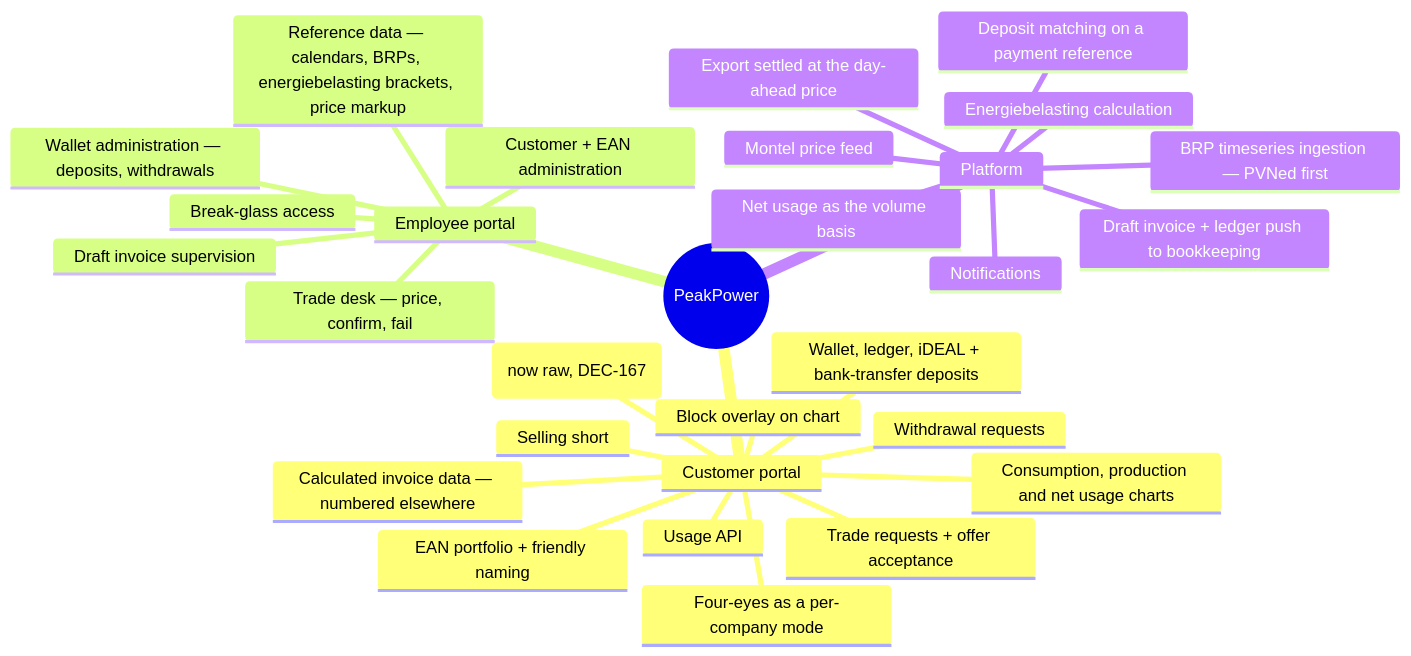
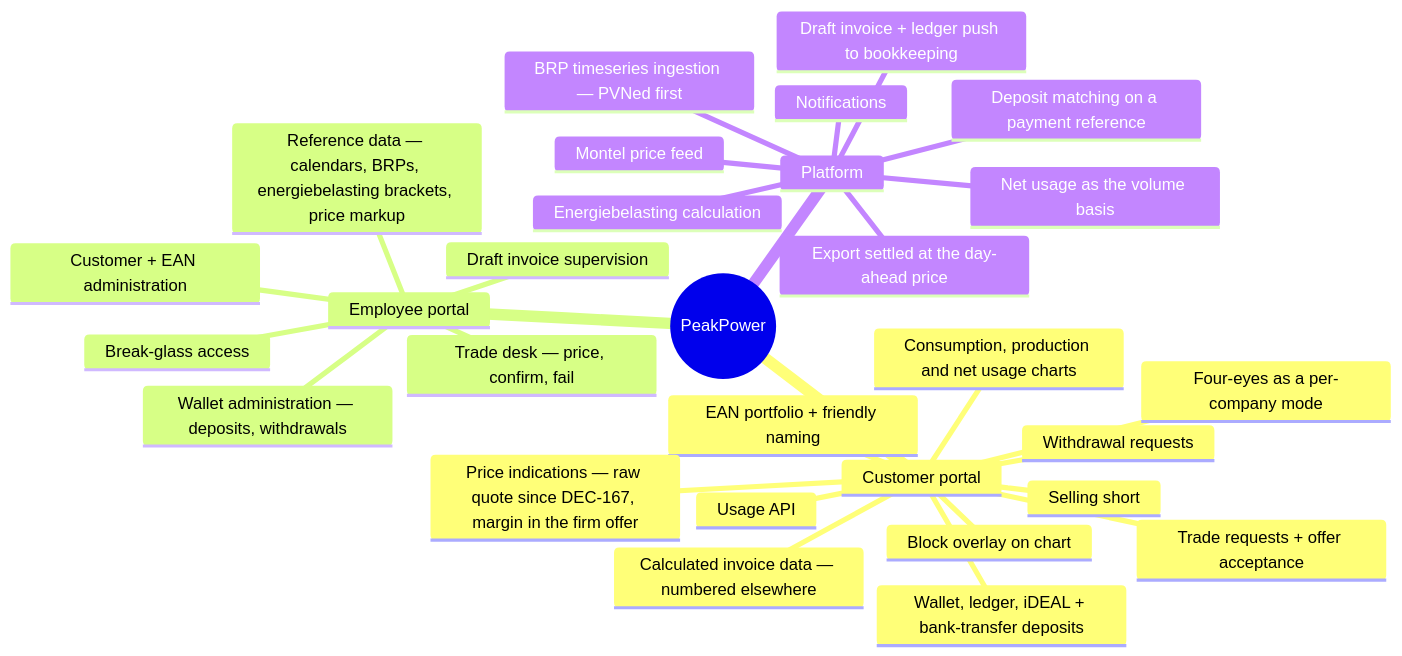
The diagram in specs/00-overview/01-vision-and-scope.md (lukastosic-ifd/peakpowerspecs), drawn with Mermaid before and after one commit. The commit also changed other lines of this file and 6 other files, not shown here.

Commit message:
docs(specs): make the DEC-167 raw-price and lock-order notes render, and finish the Montel and risk amendments

````diff
--- a/specs/00-overview/01-vision-and-scope.md
+++ b/specs/00-overview/01-vision-and-scope.md
@@ -57,32 +57,32 @@
 ```mermaid
 mindmap
   root((PeakPower))
     Customer portal
       EAN portfolio + friendly naming
       Consumption, production and net usage charts
       Block overlay on chart
-      Price indications — bid plus configurable markup (now raw, DEC-167)
+      Price indications — raw quote since DEC-167, margin in the firm offer
       Trade requests + offer acceptance
       Selling short
       Four-eyes as a per-company mode
       Wallet, ledger, iDEAL + bank-transfer deposits
       Withdrawal requests
       Calculated invoice data — numbered elsewhere
       Usage API
     Employee portal
       Customer + EAN administration
       Trade desk — price, confirm, fail
       Wallet administration — deposits, withdrawals
       Draft invoice supervision
       Reference data — calendars, BRPs, energiebelasting brackets, price markup
       Break-glass access
     Platform
       BRP timeseries ingestion — PVNed first
       Net usage as the volume basis
       Export settled at the day-ahead price
       Montel price feed
       Deposit matching on a payment reference
       Energiebelasting calculation
       Draft invoice + ledger push to bookkeeping
       Notifications
 ```
````
